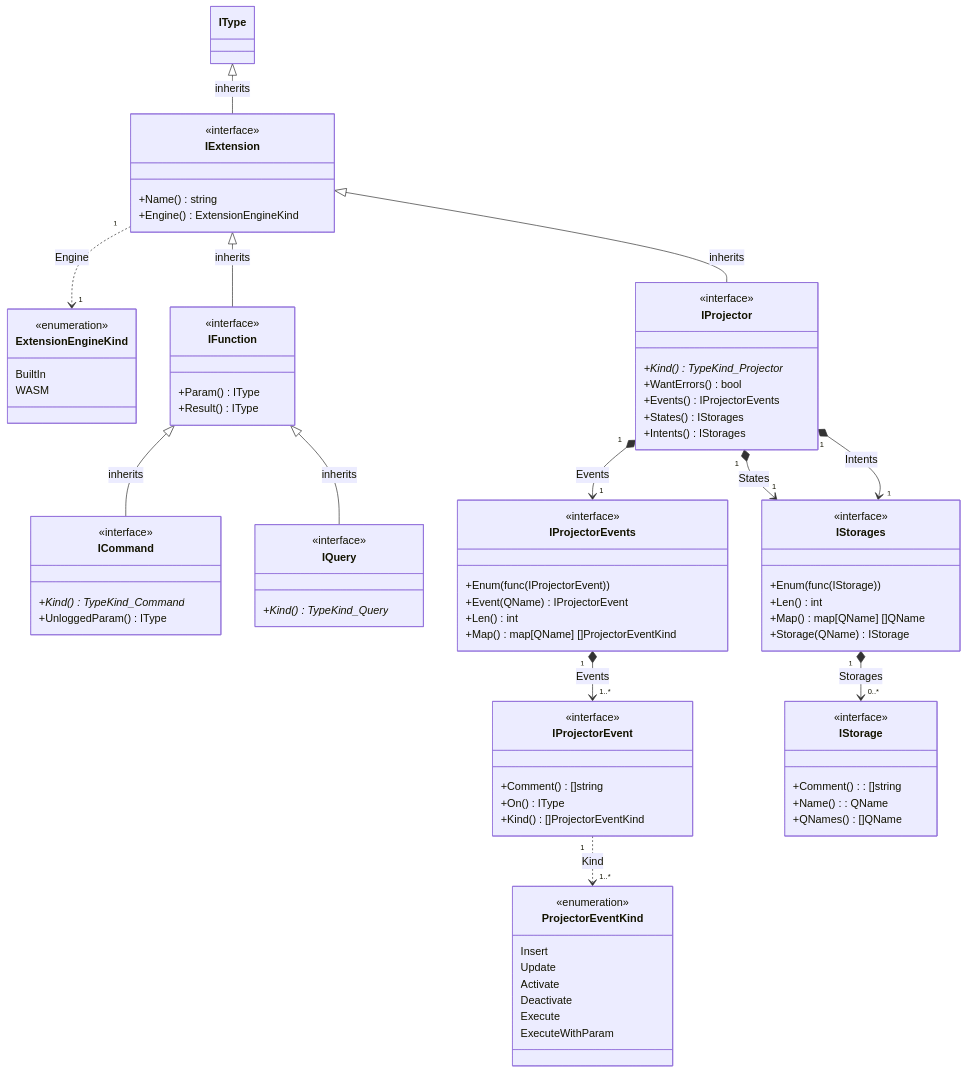
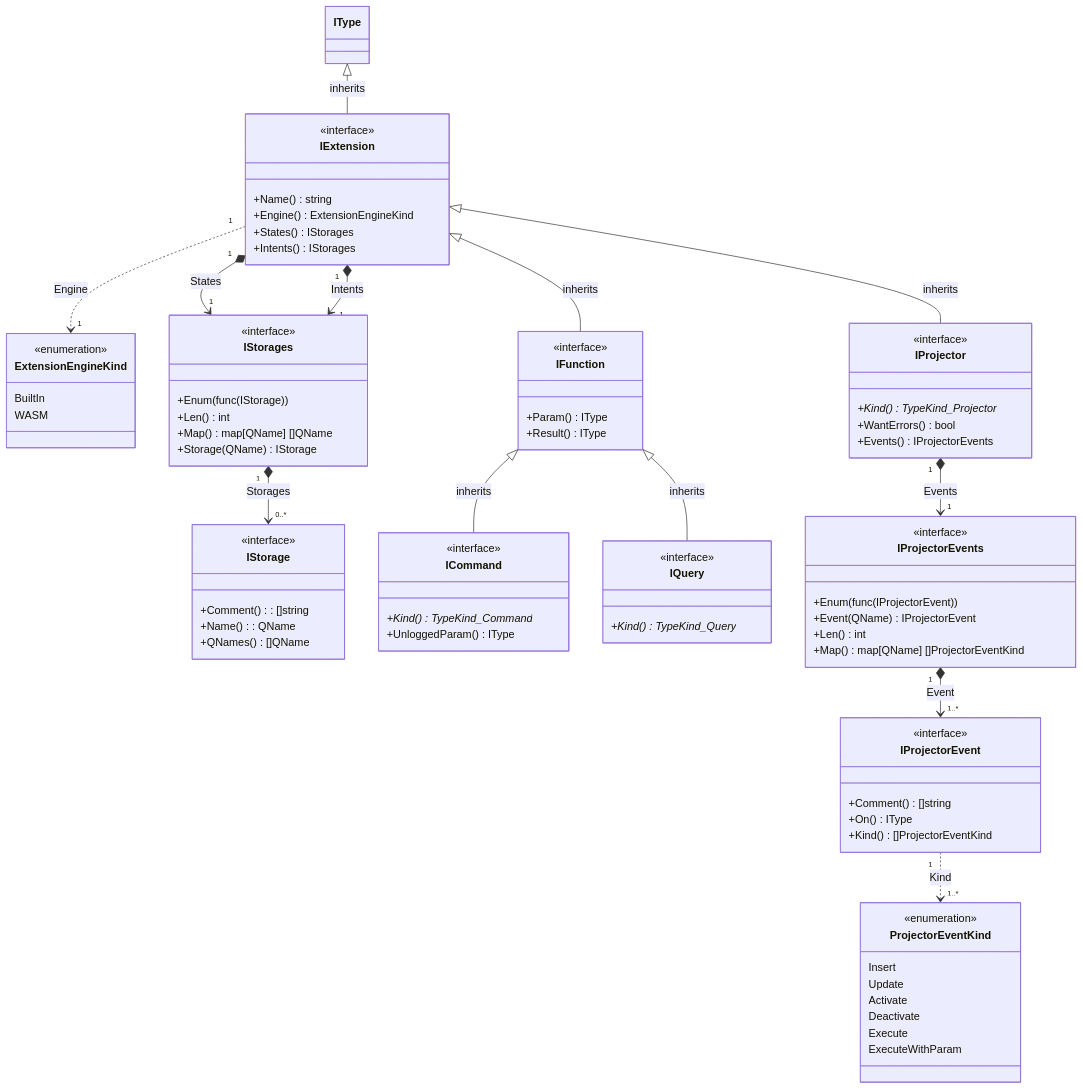
One commit to voedger/voedger changed the seventh of 7 diagrams in pkg/appdef/README.md. Above: the diagram before and after it, drawn with Mermaid. The commit also changed other lines of this file, not shown here.

````diff
--- a/pkg/appdef/README.md
+++ b/pkg/appdef/README.md
@@ -566,6 +566,8 @@
         <<interface>>
         +Name() string
         +Engine() ExtensionEngineKind
+        +States() IStorages
+        +Intents() IStorages
     }
 
     IExtension "1" ..> "1" ExtensionEngineKind : Engine
@@ -573,6 +575,23 @@
         <<enumeration>>
         BuiltIn
         WASM
+    }
+
+    IExtension "1" *--> "1" IStorages : States
+    IExtension "1" *--> "1" IStorages : Intents
+    class IStorages {
+        <<interface>>
+        +Enum(func(IStorage))
+        +Len() int
+        +Map() map[QName] []QName
+        +Storage(QName) IStorage
+    }
+    IStorages "1" *--> "0..*" IStorage : Storages
+    class IStorage {
+        <<interface>>
+        +Comment() : []string
+        +Name(): QName
+        +QNames() []QName
     }
 
     IExtension <|-- IFunction : inherits
@@ -601,12 +620,10 @@
         +Kind()* TypeKind_Projector
         +WantErrors() bool
         +Events() IProjectorEvents
-        +States() IStorages
-        +Intents() IStorages
     }
 
     IProjector "1" *--> "1" IProjectorEvents : Events
-    IProjectorEvents "1" *--> "1..*" IProjectorEvent : Events
+    IProjectorEvents "1" *--> "1..*" IProjectorEvent : Event
     class IProjectorEvents {
         <<interface>>
         +Enum(func(IProjectorEvent))
@@ -631,21 +648,4 @@
         Execute
         ExecuteWithParam
     }
-
-    IProjector "1" *--> "1" IStorages : States
-    IProjector "1" *--> "1" IStorages : Intents
-    class IStorages {
-        <<interface>>
-        +Enum(func(IStorage))
-        +Len() int
-        +Map() map[QName] []QName
-        +Storage(QName) IStorage
-    }
-    IStorages "1" *--> "0..*" IStorage : Storages
-    class IStorage {
-        <<interface>>
-        +Comment() : []string
-        +Name(): QName
-        +QNames() []QName
-    }
 ```
````
